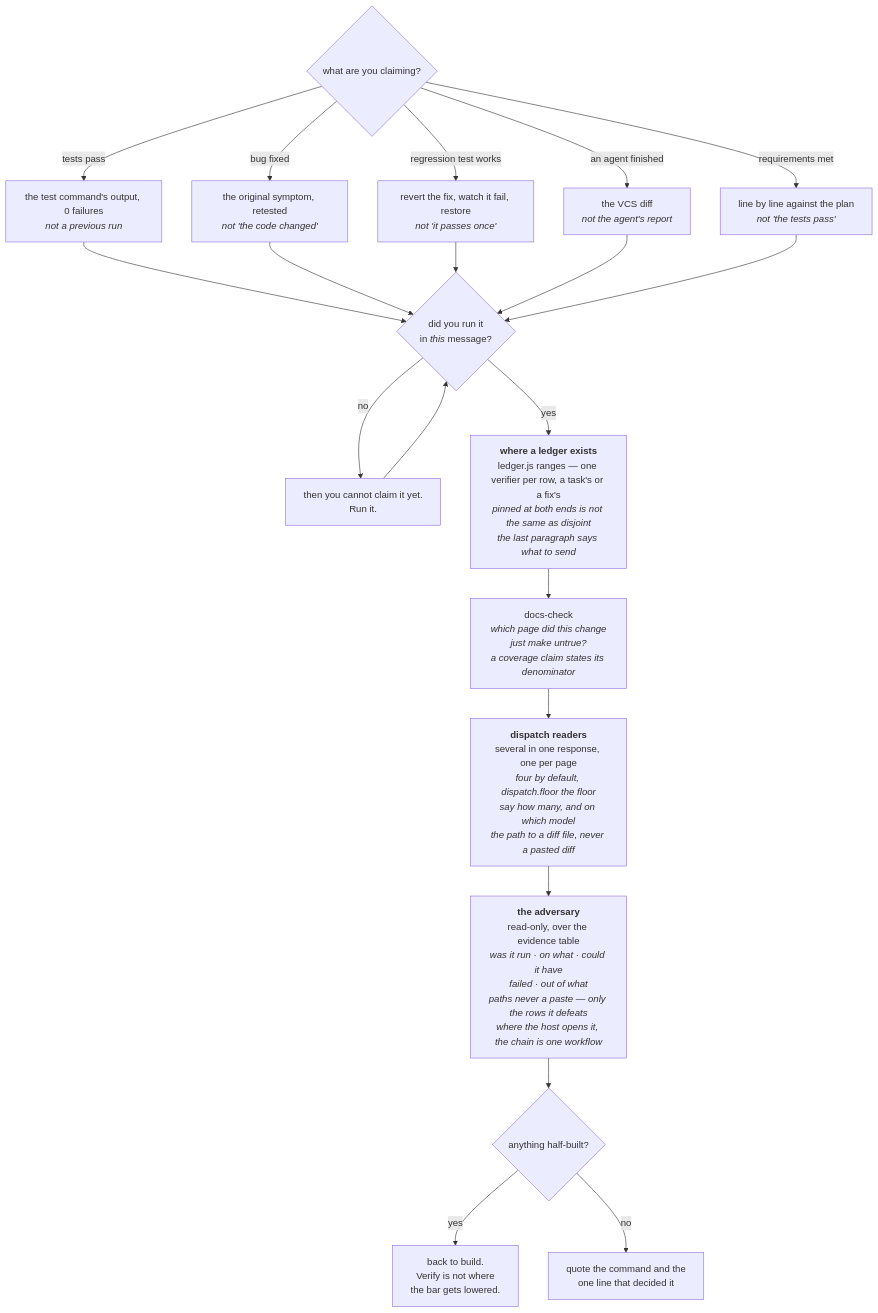
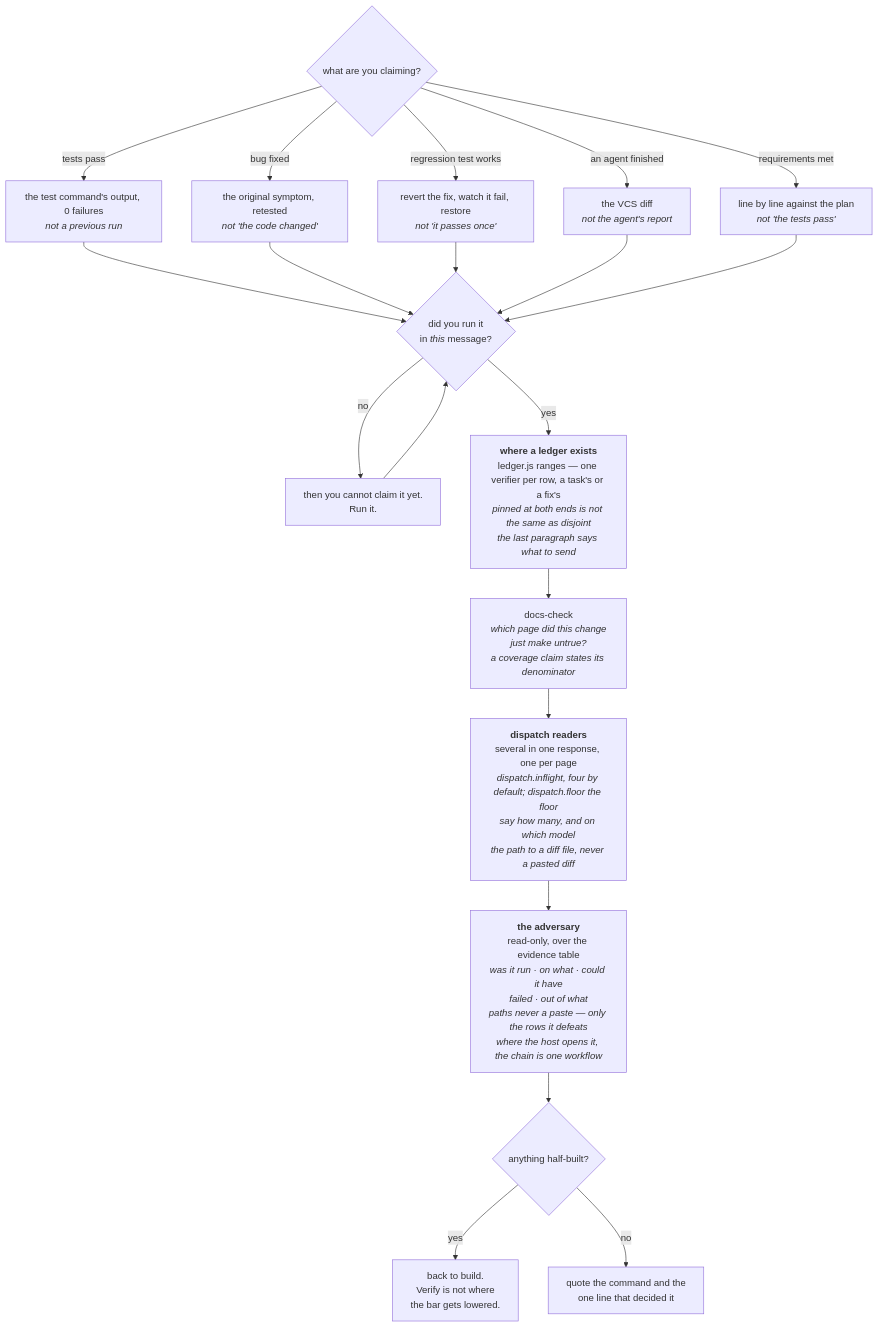
One commit to FanFantom9452/FanKeel changed the sixth of 8 diagrams in docs/02-architecture/pipeline.md. Above: the diagram before and after it, drawn with Mermaid. The commit also changed other lines of this file and 18 other files, not shown here.

First line of the commit message:
feat: dispatch.inflight — how many Agent calls one response makes before asking

````diff
--- a/docs/02-architecture/pipeline.md
+++ b/docs/02-architecture/pipeline.md
@@ -650,38 +650,38 @@
 ```mermaid
 flowchart TD
     A{"what are you claiming?"}
     A1["the test command's output, 0 failures<br/><i>not a previous run</i>"]
     A2["the original symptom, retested<br/><i>not 'the code changed'</i>"]
     A3["revert the fix, watch it fail, restore<br/><i>not 'it passes once'</i>"]
     A4["the VCS diff<br/><i>not the agent's report</i>"]
     A5["line by line against the plan<br/><i>not 'the tests pass'</i>"]
     B{"did you run it<br/>in <i>this</i> message?"}
     C["then you cannot claim it yet.<br/>Run it."]
     D0["<b>where a ledger exists</b><br/>ledger.js ranges — one verifier per row, a task's or a fix's<br/><i>pinned at both ends is not the same as disjoint</i><br/><i>the last paragraph says what to send</i>"]
     D["docs-check<br/><i>which page did this change<br/>just make untrue?</i><br/><i>a coverage claim states its denominator</i>"]
-    D1["<b>dispatch readers</b><br/>several in one response, one per page<br/><i>four by default, dispatch.floor the floor</i><br/><i>say how many, and on which model</i><br/><i>the path to a diff file, never a pasted diff</i>"]
+    D1["<b>dispatch readers</b><br/>several in one response, one per page<br/><i>dispatch.inflight, four by default; dispatch.floor the floor</i><br/><i>say how many, and on which model</i><br/><i>the path to a diff file, never a pasted diff</i>"]
     D2["<b>the adversary</b><br/>read-only, over the evidence table<br/><i>was it run · on what · could it have<br/>failed · out of what</i><br/><i>paths never a paste — only the rows it defeats</i><br/><i>where the host opens it, the chain is one workflow</i>"]
     E{"anything half-built?"}
     F["back to build.<br/>Verify is not where<br/>the bar gets lowered."]
     G["quote the command and the<br/>one line that decided it"]
 
     A -- "tests pass" --> A1
     A -- "bug fixed" --> A2
     A -- "regression test works" --> A3
     A -- "an agent finished" --> A4
     A -- "requirements met" --> A5
     A1 --> B
     A2 --> B
     A3 --> B
     A4 --> B
     A5 --> B
     B -- no --> C
     C --> B
     B -- yes --> D0
     D0 --> D
     D --> D1
     D1 --> D2
     D2 --> E
     E -- yes --> F
     E -- no --> G
 ```
````
